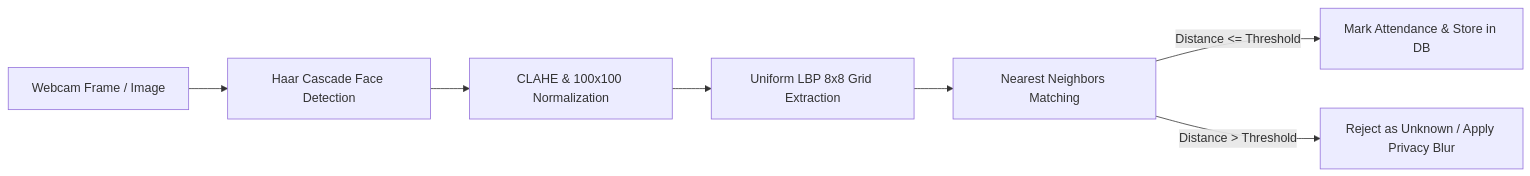
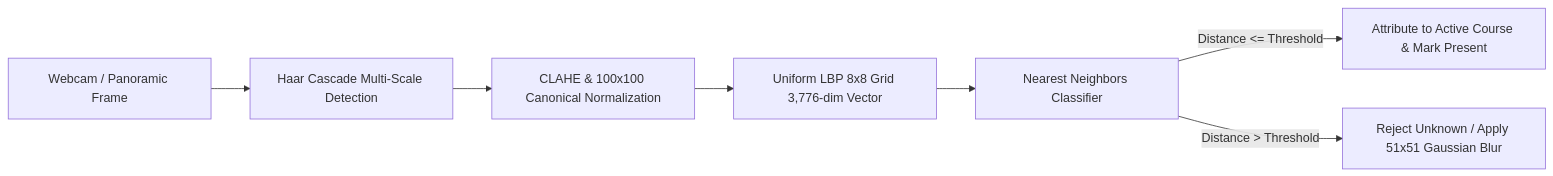
Before and after one commit to gandhivr/Ai-Project: the diagram in README.md, drawn with Mermaid. The commit also changed other lines of this file and 6 other files, not shown here.

````diff
--- a/README.md
+++ b/README.md
@@ -95,9 +60,9 @@
 ```mermaid
 flowchart LR
-    A[Webcam Frame / Image] --> B[Haar Cascade Face Detection]
-    B --> C[CLAHE & 100x100 Normalization]
-    C --> D[Uniform LBP 8x8 Grid Extraction]
-    D --> E[Nearest Neighbors Matching]
-    E -->|Distance <= Threshold| F[Mark Attendance & Store in DB]
-    E -->|Distance > Threshold| G[Reject as Unknown / Apply Privacy Blur]
+    A[Webcam / Panoramic Frame] --> B[Haar Cascade Multi-Scale Detection]
+    B --> C[CLAHE & 100x100 Canonical Normalization]
+    C --> D[Uniform LBP 8x8 Grid 3,776-dim Vector]
+    D --> E[Nearest Neighbors Classifier]
+    E -->|Distance <= Threshold| F[Attribute to Active Course & Mark Present]
+    E -->|Distance > Threshold| G[Reject Unknown / Apply 51x51 Gaussian Blur]
 ```
````
